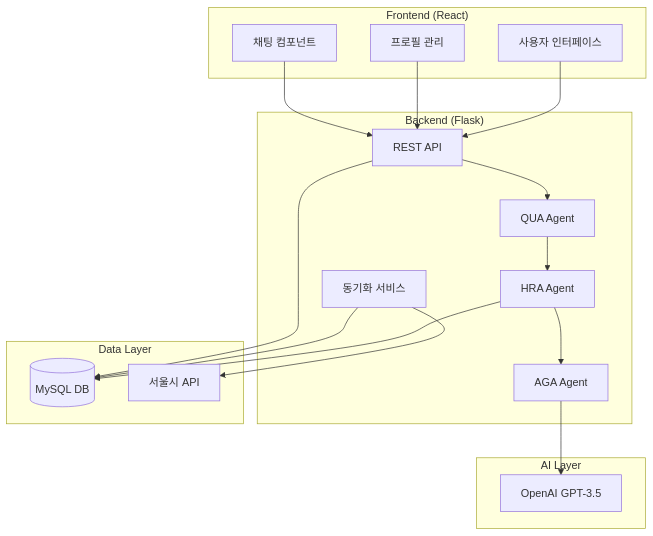
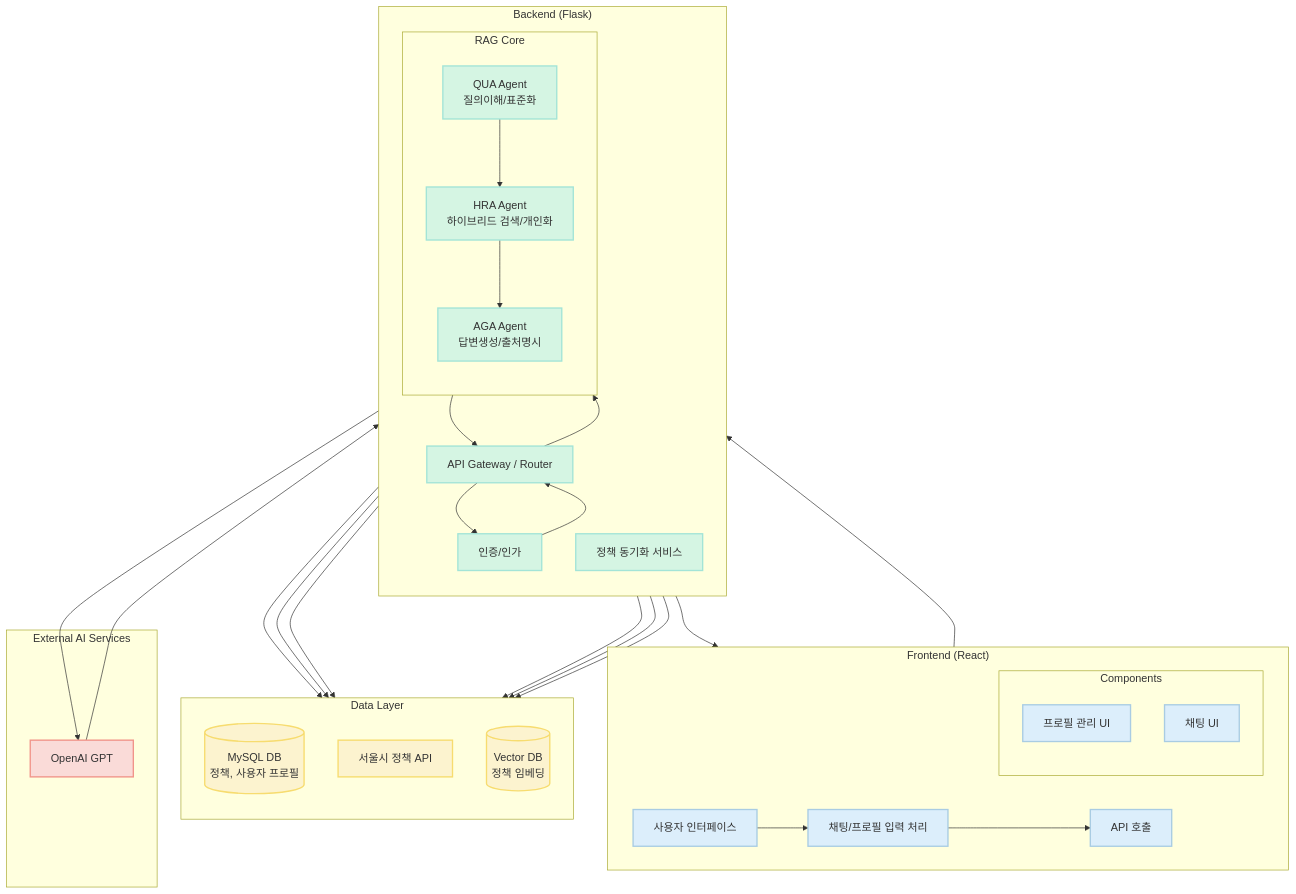
One commit to DonggunSe0/aibbot changed the diagram in README.md. Above: the diagram before and after it, drawn with Mermaid.

````diff
--- a/README.md
+++ b/README.md
@@ -86,40 +86,70 @@
 ```mermaid
 graph TB
-    subgraph "Frontend (React)"
-        UI[사용자 인터페이스]
-        Profile[프로필 관리]
-        Chat[채팅 컴포넌트]
+    subgraph Frontend["Frontend (React)"]
+        direction LR
+        UI[사용자 인터페이스] --> ChatInputProcessing[채팅/프로필 입력 처리]
+        ChatInputProcessing --> API_Call[API 호출]
+        subgraph Components["Components"]
+            direction TB
+            Profile[프로필 관리 UI]
+            Chat[채팅 UI]
+        end
     end
     
-    subgraph "Backend (Flask)"
-        API[REST API]
-        QUA[QUA Agent]
-        HRA[HRA Agent]
-        AGA[AGA Agent]
-        Sync[동기화 서비스]
+    subgraph Backend["Backend (Flask)"]
+        direction TB
+        APIGateway[API Gateway / Router]
+        subgraph RAGCore["RAG Core"]
+            direction TB
+            QUA[QUA Agent<br/>질의이해/표준화]
+            HRA[HRA Agent<br/>하이브리드 검색/개인화]
+            AGA[AGA Agent<br/>답변생성/출처명시]
+        end
+        Auth[인증/인가]
+        SyncService[정책 동기화 서비스]
     end
     
-    subgraph "Data Layer"
-        MySQL[(MySQL DB)]
-        Seoul[서울시 API]
+    subgraph DataLayer["Data Layer"]
+        direction TB
+        MySQL[(MySQL DB<br/>정책, 사용자 프로필)]
+        SeoulAPI[서울시 정책 API]
+        VectorDB[(Vector DB<br/>정책 임베딩)]
     end
     
-    subgraph "AI Layer"
-        OpenAI[OpenAI GPT-3.5]
+    subgraph ExternalAI["External AI Services"]
+        OpenAI_LLM[OpenAI GPT]
     end
     
-    UI --> API
-    Profile --> API
-    Chat --> API
+    %% Frontend to Backend
+    API_Call --> APIGateway
     
-    API --> QUA
+    %% Backend Internal Flows
+    APIGateway --> QUA
+    APIGateway --> Auth
+    Auth --> APIGateway
     QUA --> HRA
     HRA --> AGA
-    AGA --> OpenAI
+    AGA --> OpenAI_LLM
+    OpenAI_LLM --> AGA
+    AGA --> APIGateway
+    APIGateway --> API_Call
     
+    %% Data Access
+    APIGateway --> MySQL
     HRA --> MySQL
-    Sync --> Seoul
-    Sync --> MySQL
+    HRA --> VectorDB
+    SyncService --> SeoulAPI
+    SyncService --> MySQL
+    SyncService --> VectorDB
     
-    API --> MySQL
+    %% Styling
+    classDef frontend fill:#DCEEFB,stroke:#A9CCE3,stroke-width:2px
+    classDef backend fill:#D5F5E3,stroke:#A3E4D7,stroke-width:2px
+    classDef data fill:#FCF3CF,stroke:#F7DC6F,stroke-width:2px
+    classDef ai fill:#FADBD8,stroke:#F1948A,stroke-width:2px
+    
+    class UI,Profile,Chat,ChatInputProcessing,API_Call frontend
+    class APIGateway,QUA,HRA,AGA,Auth,SyncService backend
+    class MySQL,SeoulAPI,VectorDB data
+    class OpenAI_LLM ai
 ```
````
